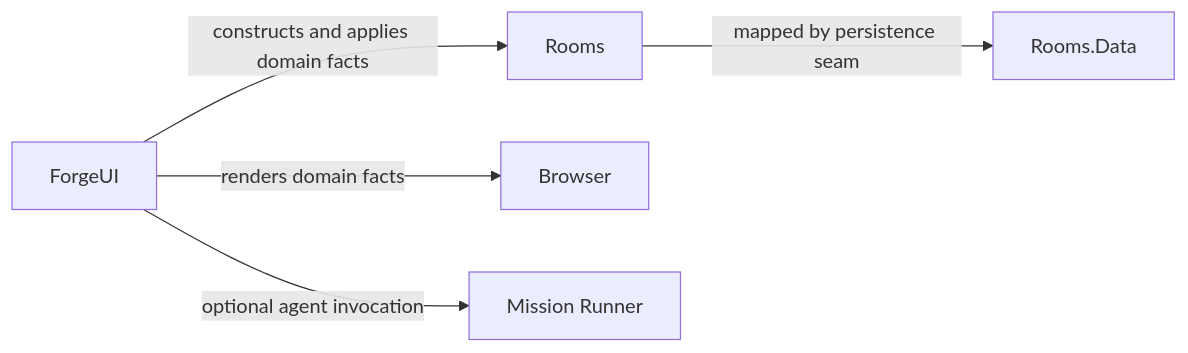
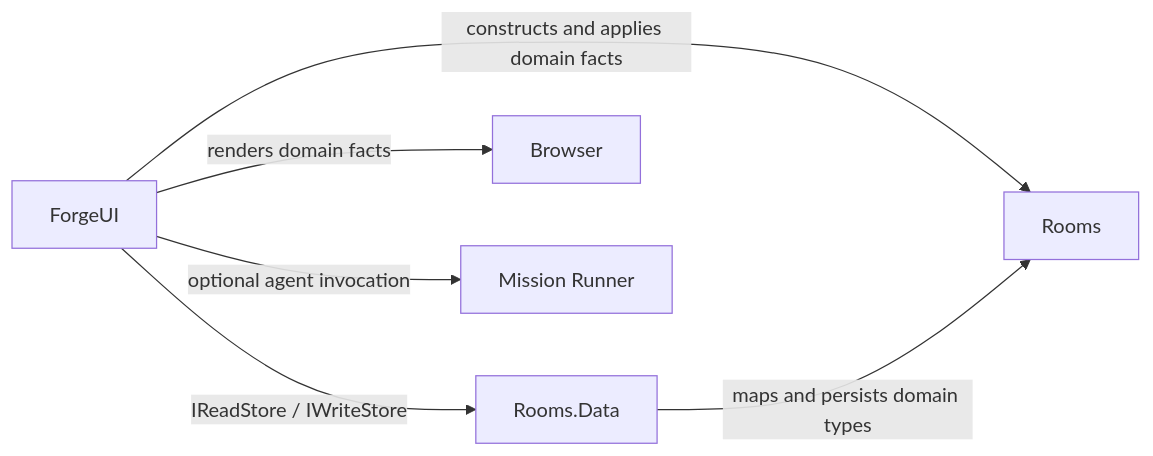
The diagram in src/ForgeMission.Rooms/README.md (katasec/mission-control-language), drawn with Mermaid before and after one commit. The commit also changed 1 other file, not shown here.

Commit message:
docs: correct component diagram boundaries

````diff
--- a/src/ForgeMission.Rooms/README.md
+++ b/src/ForgeMission.Rooms/README.md
@@ -43,7 +43,8 @@
 ```mermaid
 flowchart LR
   ForgeUI -->|constructs and applies domain facts| Rooms
-  Rooms -->|mapped by persistence seam| RoomsData[Rooms.Data]
+  ForgeUI -->|IReadStore / IWriteStore| RoomsData[Rooms.Data]
+  RoomsData -->|maps and persists domain types| Rooms
   ForgeUI -->|renders domain facts| Browser
   ForgeUI -->|optional agent invocation| Runner[Mission Runner]
 ```
````
